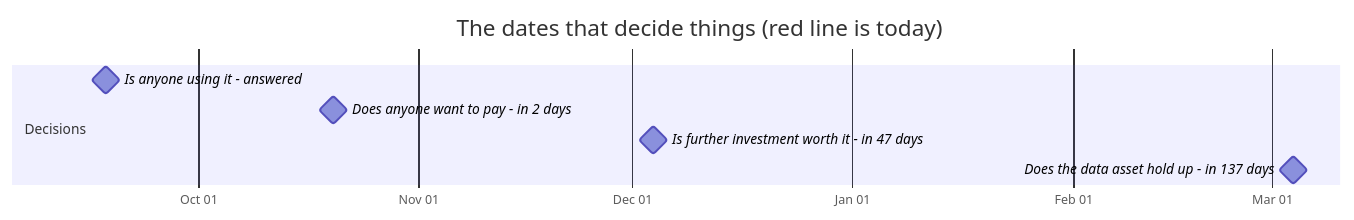
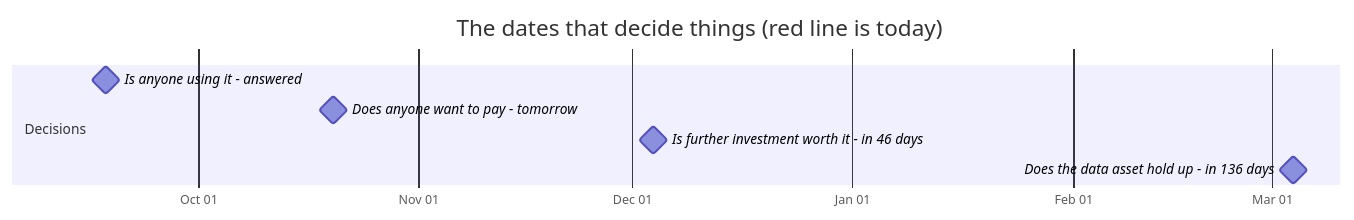
The first of 2 diagrams in docs/OWNER.md (jakegu1/vetagent), drawn with Mermaid before and after one commit. The commit also changed other lines of this file and 1 other file, not shown here.

````diff
--- a/docs/OWNER.md
+++ b/docs/OWNER.md
@@ -76,12 +76,12 @@
 ```mermaid
 gantt
     dateFormat YYYY-MM-DD
     axisFormat %b %d
     todayMarker stroke-width:3px,stroke:#d33,stroke-dasharray:0
     title The dates that decide things (red line is today)
     section Decisions
     Is anyone using it - answered :milestone, 2026-09-18, 0d
-    Does anyone want to pay - in 2 days :milestone, 2026-10-20, 0d
-    Is further investment worth it - in 47 days :milestone, 2026-12-04, 0d
-    Does the data asset hold up - in 137 days :milestone, 2027-03-04, 0d
+    Does anyone want to pay - tomorrow :milestone, 2026-10-20, 0d
+    Is further investment worth it - in 46 days :milestone, 2026-12-04, 0d
+    Does the data asset hold up - in 136 days :milestone, 2027-03-04, 0d
 ```
````
